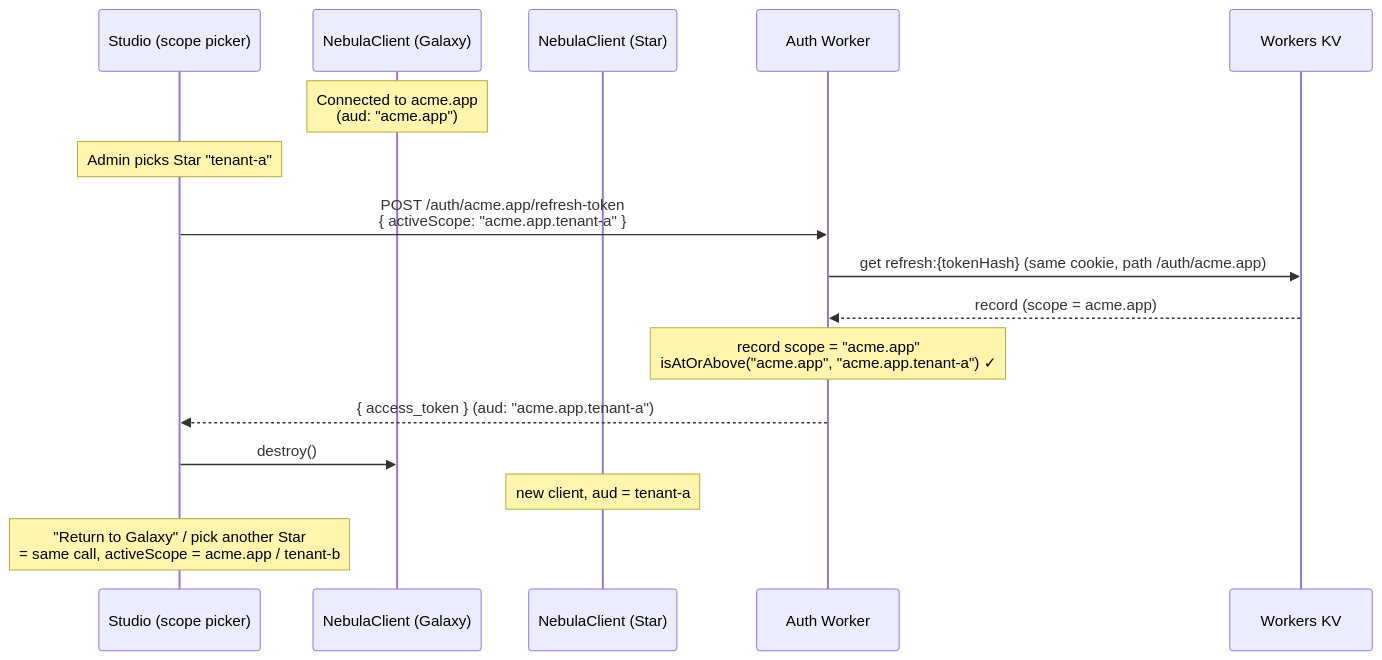
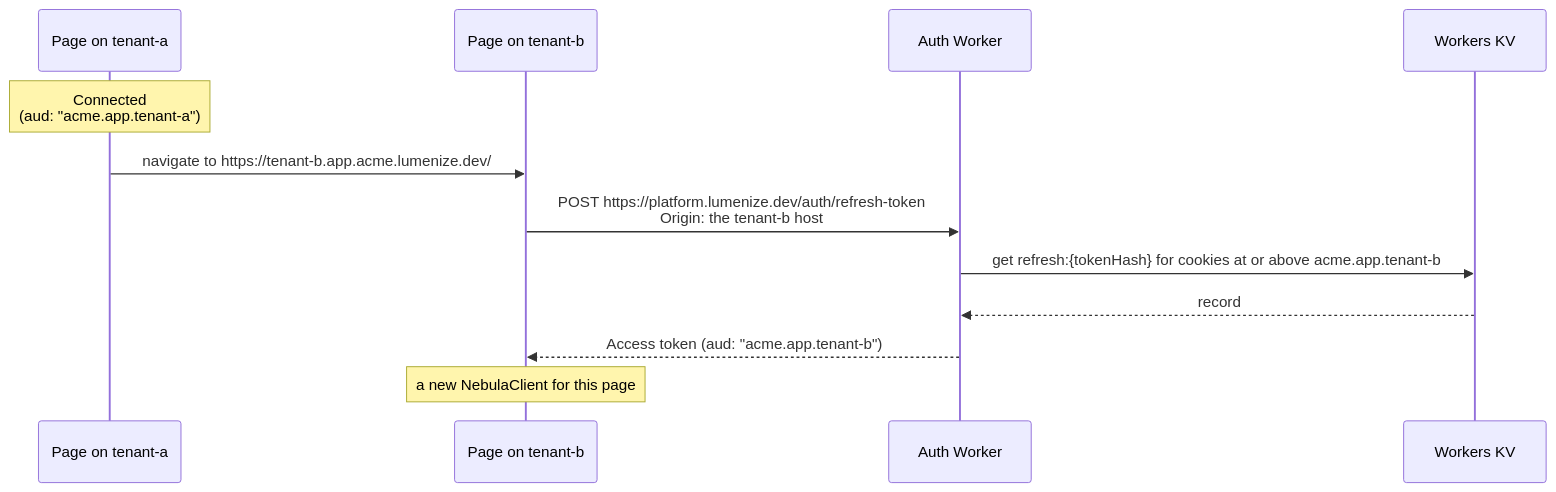
One commit to lumenize/lumenize changed the third of 5 diagrams in website/docs/nebula/auth-flows.md. Above: the diagram before and after it, drawn with Mermaid. The commit also changed other lines of this file and 324 other files, not shown here.

First line of the commit message:
feat(nebula): every scope on its own host, sessions on the platform host

````diff
--- a/website/docs/nebula/auth-flows.md
+++ b/website/docs/nebula/auth-flows.md
@@ -231,20 +150,15 @@
 ```mermaid
 sequenceDiagram
-    participant UI as Studio (scope picker)
-    participant NC1 as NebulaClient (Galaxy)
-    participant NC2 as NebulaClient (Star)
+    participant A as Page on tenant-a
+    participant B as Page on tenant-b
     participant W as Auth Worker
     participant KV as Workers KV
 
-    Note over NC1: Connected to acme.app<br/>(aud: "acme.app")
-
-    Note over UI: Admin picks Star "tenant-a"
-    UI->>W: POST /auth/acme.app/refresh-token<br/>{ activeScope: "acme.app.tenant-a" }
-    W->>KV: get refresh:{tokenHash} (same cookie, path /auth/acme.app)
-    KV-->>W: record (scope = acme.app)
-    Note over W: record scope = "acme.app"<br/>isAtOrAbove("acme.app", "acme.app.tenant-a") ✓
-    W-->>UI: { access_token } (aud: "acme.app.tenant-a")
-    UI->>NC1: destroy()
-    Note over NC2: new client, aud = tenant-a
-    Note over UI: "Return to Galaxy" / pick another Star<br/>= same call, activeScope = acme.app / tenant-b
+    Note over A: Connected<br/>(aud: "acme.app.tenant-a")
+    A->>B: navigate to https://tenant-b.app.acme.lumenize.dev/
+    B->>W: POST https://platform.lumenize.dev/auth/refresh-token<br/>Origin: the tenant-b host
+    W->>KV: get refresh:{tokenHash} for cookies at or above acme.app.tenant-b
+    KV-->>W: record
+    W-->>B: Access token (aud: "acme.app.tenant-b")
+    Note over B: a new NebulaClient for this page
 ```
````
